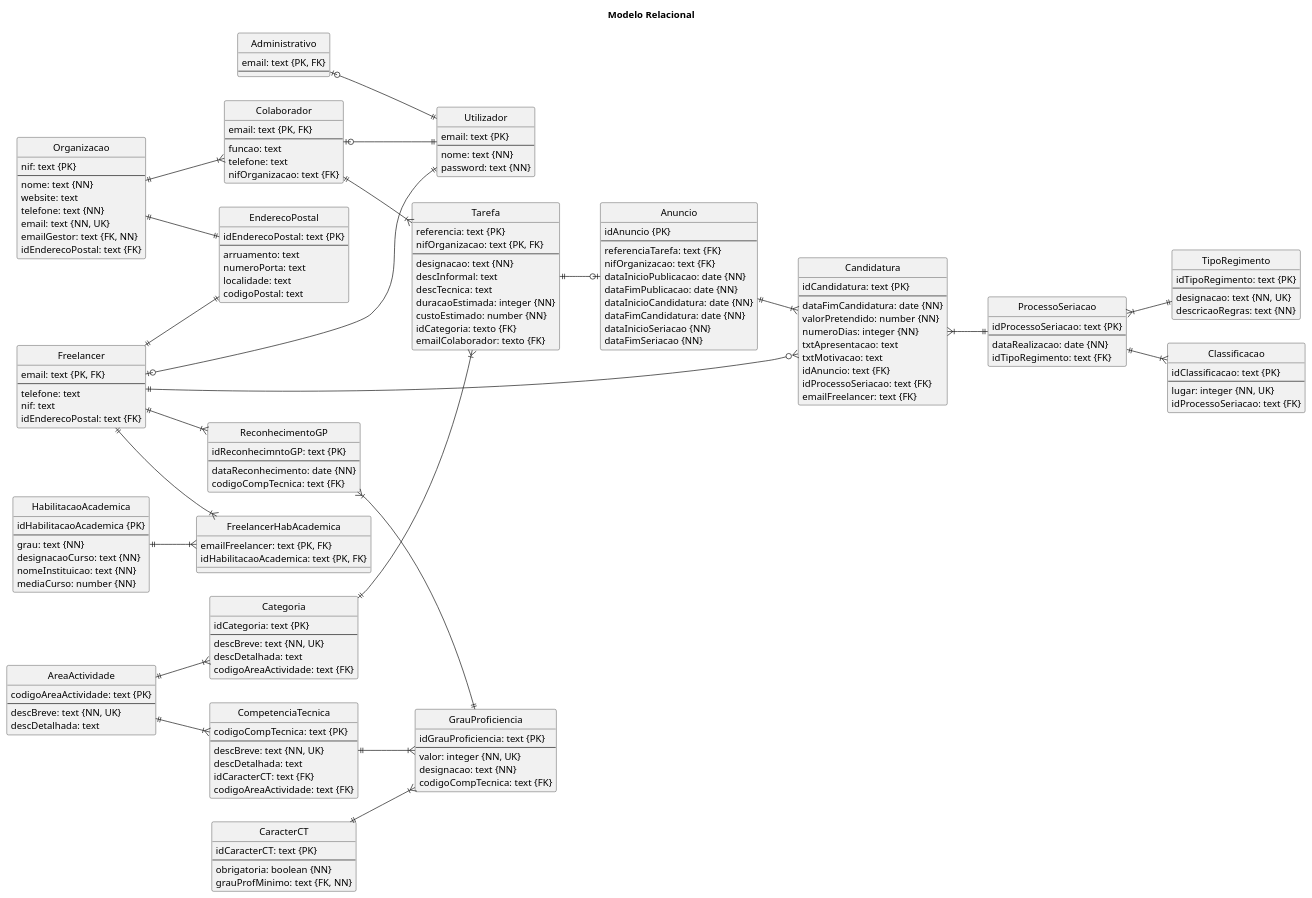
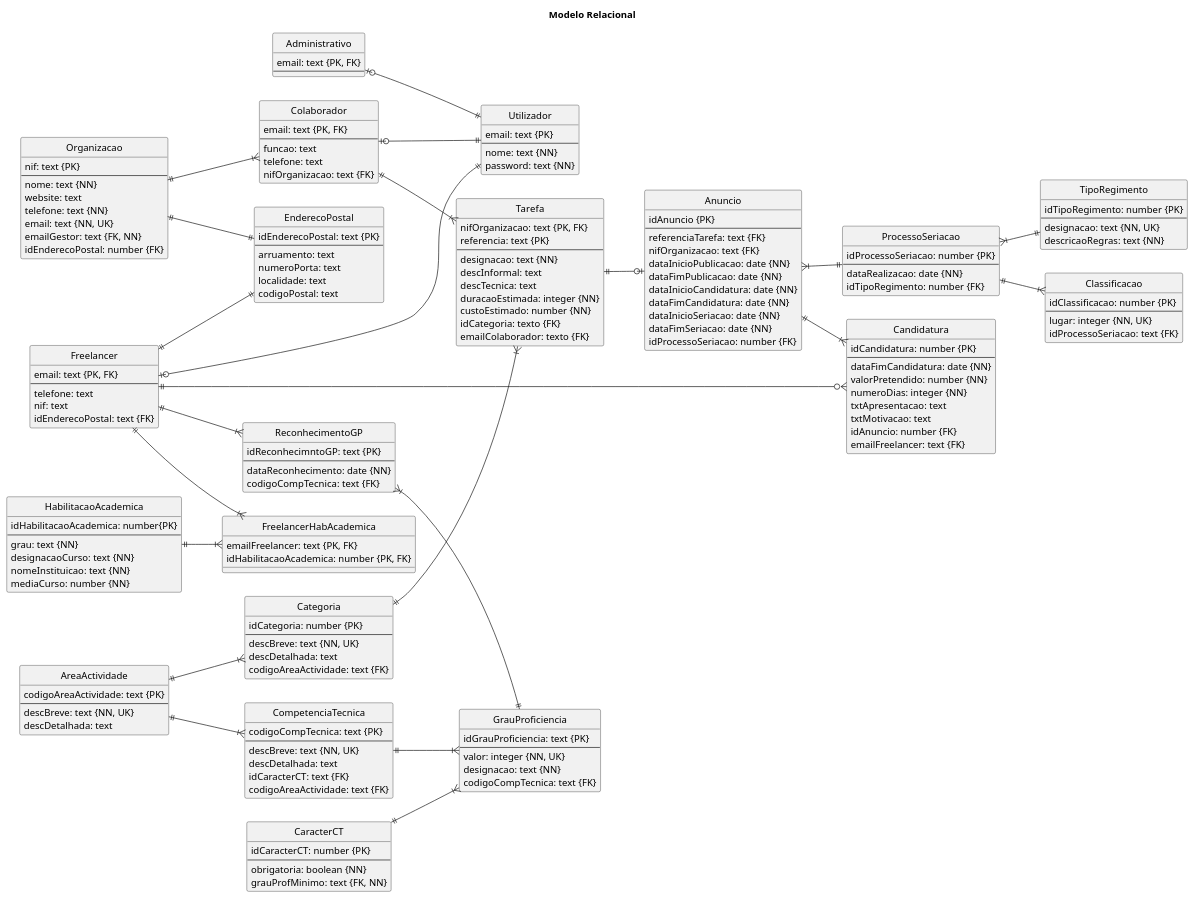
One commit to blestonbandeiraUPSKILL/upskill_java1_labprg_grupo2 changed the diagram in BaseDados/Modelo_Relacional.puml. Above: the diagram before and after it, drawn with PlantUML. The commit also changed 18 other files, not shown here.

```diff
--- a/BaseDados/Modelo_Relacional.puml
+++ b/BaseDados/Modelo_Relacional.puml
@@ -14,7 +14,7 @@
     telefone: text {NN}
     email: text {NN, UK}
     emailGestor: text {FK, NN}
-    idEnderecoPostal: text {FK}
+    idEnderecoPostal: number {FK}
 }
 
 entity "Colaborador" {
@@ -38,7 +38,7 @@
 }
 
 entity "Categoria" {
-    idCategoria: text {PK}
+    idCategoria: number {PK}
     --
     descBreve: text {NN, UK}
     descDetalhada: text
@@ -87,8 +87,8 @@
 }
 
 entity "Tarefa" {
+    nifOrganizacao: text {PK, FK}
     referencia: text {PK}
-    nifOrganizacao: text {PK, FK}
     --
     designacao: text {NN}
     descInformal: text
@@ -108,46 +108,46 @@
     dataFimPublicacao: date {NN}
     dataInicioCandidatura: date {NN}
     dataFimCandidatura: date {NN}
-    dataInicioSeriacao {NN} 
-    dataFimSeriacao {NN}
+    dataInicioSeriacao: date {NN} 
+    dataFimSeriacao: date {NN}
+    idProcessoSeriacao: number {FK}
 }
 
 entity "ProcessoSeriacao" {
-    idProcessoSeriacao: text {PK}
+    idProcessoSeriacao: number {PK}
     --
     dataRealizacao: date {NN}
-    idTipoRegimento: text {FK}
+    idTipoRegimento: number {FK}
 }
 
 entity "TipoRegimento" {
-    idTipoRegimento: text {PK}
+    idTipoRegimento: number {PK}
     --
     designacao: text {NN, UK}
     descricaoRegras: text {NN}
 }
 
 entity "Classificacao" {
-    idClassificacao: text {PK}
+    idClassificacao: number {PK}
     --
     lugar: integer {NN, UK}
     idProcessoSeriacao: text {FK}
 }
 
 entity "Candidatura" {
-    idCandidatura: text {PK}
+    idCandidatura: number {PK}
     --
     dataFimCandidatura: date {NN}
     valorPretendido: number {NN}
     numeroDias: integer {NN}
     txtApresentacao: text
     txtMotivacao: text
-    idAnuncio: text {FK}
-    idProcessoSeriacao: text {FK}
+    idAnuncio: number {FK}
     emailFreelancer: text {FK}
 }
 
 entity "HabilitacaoAcademica" {
-    idHabilitacaoAcademica {PK}
+    idHabilitacaoAcademica: number{PK}
     --
     grau: text {NN}
     designacaoCurso: text {NN}
@@ -164,11 +164,11 @@
 
 entity "FreelancerHabAcademica" {
     emailFreelancer: text {PK, FK}
-    idHabilitacaoAcademica: text {PK, FK}
+    idHabilitacaoAcademica: number {PK, FK}
 }
 
 entity "CaracterCT" {
-    idCaracterCT: text {PK}
+    idCaracterCT: number {PK}
     --
     obrigatoria: boolean {NN}
     grauProfMinimo: text {FK, NN}
@@ -188,12 +188,12 @@
 Freelancer||--o{ Candidatura
 Organizacao ||--|| EnderecoPostal
 Freelancer ||--|| EnderecoPostal
-Candidatura }|--|| ProcessoSeriacao
+Anuncio }|--|| ProcessoSeriacao
 ProcessoSeriacao }|--|| TipoRegimento
 ProcessoSeriacao ||--|{ Classificacao
 Freelancer ||--|{ FreelancerHabAcademica
 HabilitacaoAcademica ||--|{ FreelancerHabAcademica
- Freelancer ||--|{ ReconhecimentoGP
+Freelancer ||--|{ ReconhecimentoGP
 ReconhecimentoGP }|--|| GrauProficiencia
 CaracterCT ||--|{ GrauProficiencia
 
```
